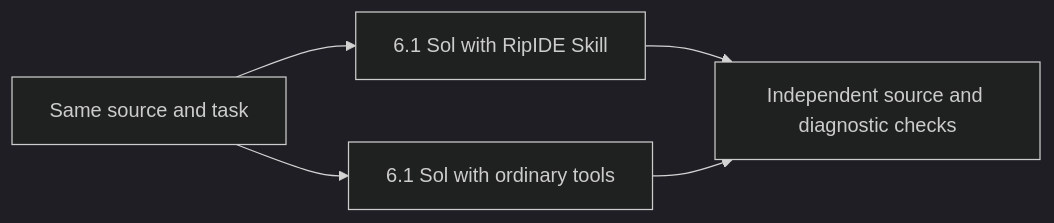
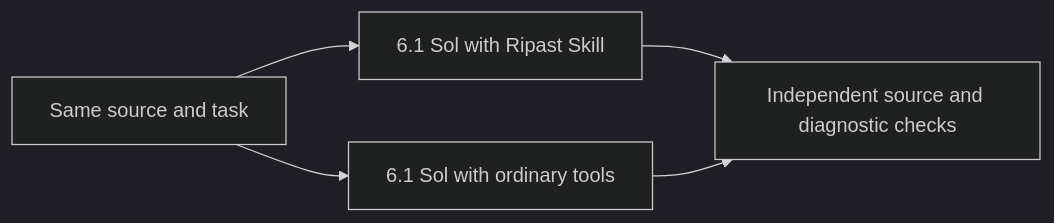
Before and after one commit to harlan-zw/ripast: the diagram in evals/results/2026-10-09-6.1-sol.md, drawn with Mermaid (dark theme). The commit also changed other lines of this file and 15 other files, not shown here.

````diff
--- a/evals/results/2026-10-09-6.1-sol.md
+++ b/evals/results/2026-10-09-6.1-sol.md
@@ -16,7 +16,7 @@
 ```mermaid
 flowchart LR
-  S[Same source and task] --> R[6.1 Sol with RipIDE Skill]
+  S[Same source and task] --> R[6.1 Sol with Ripast Skill]
   S --> A[6.1 Sol with ordinary tools]
   R --> G[Independent source and diagnostic checks]
   A --> G
 ```
````
